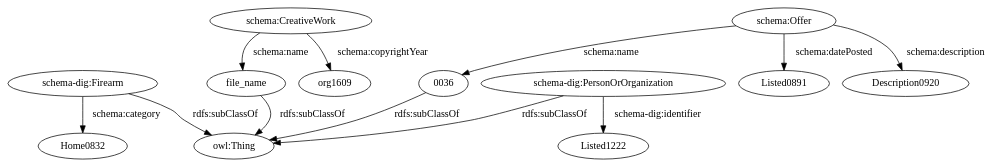
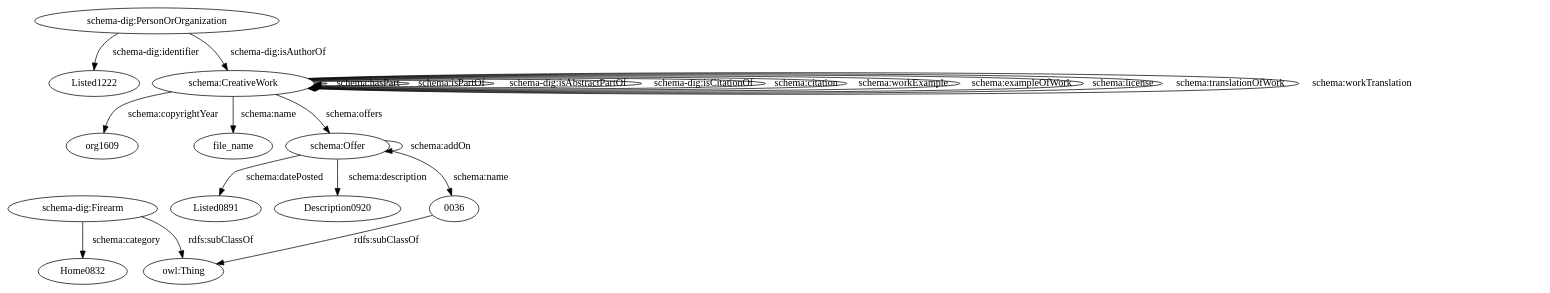
One commit to giuseppefutia/semi changed the diagram in data/taheriyan2016/task_04/semantic_models/plausibles/dot/hawaiiguntrader.dot. Above: the diagram before and after it, drawn with Graphviz. The commit also changed 119 other files, not shown here.

```diff
--- a/data/taheriyan2016/task_04/semantic_models/plausibles/dot/hawaiiguntrader.dot
+++ b/data/taheriyan2016/task_04/semantic_models/plausibles/dot/hawaiiguntrader.dot
@@ -1,25 +1,36 @@
 digraph {
   Home0832 [type=attribute_name,label=Home0832]
   "schema-dig:Firearm1" [type=class_uri,label="schema-dig:Firearm"]
   Listed1222 [type=attribute_name,label=Listed1222]
   "schema-dig:PersonOrOrganization1" [type=class_uri,label="schema-dig:PersonOrOrganization"]
   org1609 [type=attribute_name,label=org1609]
   "schema:CreativeWork1" [type=class_uri,label="schema:CreativeWork"]
   file_name [type=attribute_name,label=file_name]
   Listed0891 [type=attribute_name,label=Listed0891]
   "schema:Offer1" [type=class_uri,label="schema:Offer"]
   Description0920 [type=attribute_name,label=Description0920]
   "0036" [type=attribute_name,label="0036"]
   "owl:Thing" [type=special,label="owl:Thing"]
   "schema-dig:Firearm1" -> Home0832 [label="schema:category",type=st_property_uri]
   "schema-dig:PersonOrOrganization1" -> Listed1222 [label="schema-dig:identifier",type=st_property_uri]
   "schema:CreativeWork1" -> org1609 [label="schema:copyrightYear",type=st_property_uri]
   "schema:CreativeWork1" -> file_name [label="schema:name",type=st_property_uri]
   "schema:Offer1" -> Listed0891 [label="schema:datePosted",type=st_property_uri]
   "schema:Offer1" -> Description0920 [label="schema:description",type=st_property_uri]
   "schema:Offer1" -> "0036" [label="schema:name",type=st_property_uri]
+  "schema-dig:PersonOrOrganization1" -> "schema:CreativeWork1" [label="schema-dig:isAuthorOf",type=direct_property_uri,weight=1]
+  "schema:CreativeWork1" -> "schema:CreativeWork1" [label="schema:hasPart",type=direct_property_uri,weight=1]
+  "schema:CreativeWork1" -> "schema:CreativeWork1" [label="schema:isPartOf",type=direct_property_uri,weight=1]
+  "schema:CreativeWork1" -> "schema:CreativeWork1" [label="schema-dig:isAbstractPartOf",type=direct_property_uri,weight=1]
+  "schema:CreativeWork1" -> "schema:CreativeWork1" [label="schema-dig:isCitationOf",type=direct_property_uri,weight=1]
+  "schema:CreativeWork1" -> "schema:CreativeWork1" [label="schema:citation",type=direct_property_uri,weight=1]
+  "schema:CreativeWork1" -> "schema:CreativeWork1" [label="schema:workExample",type=direct_property_uri,weight=1]
+  "schema:CreativeWork1" -> "schema:CreativeWork1" [label="schema:exampleOfWork",type=direct_property_uri,weight=1]
+  "schema:CreativeWork1" -> "schema:CreativeWork1" [label="schema:license",type=direct_property_uri,weight=1]
+  "schema:CreativeWork1" -> "schema:CreativeWork1" [label="schema:translationOfWork",type=direct_property_uri,weight=1]
+  "schema:CreativeWork1" -> "schema:CreativeWork1" [label="schema:workTranslation",type=direct_property_uri,weight=1]
+  "schema:CreativeWork1" -> "schema:Offer1" [label="schema:offers",type=direct_property_uri,weight=1]
+  "schema:Offer1" -> "schema:Offer1" [label="schema:addOn",type=direct_property_uri,weight=1]
   "schema-dig:Firearm1" -> "owl:Thing" [label="rdfs:subClassOf",type=inherited,weight=0.3333333333333333]
-  "schema-dig:PersonOrOrganization1" -> "owl:Thing" [label="rdfs:subClassOf",type=inherited,weight=0.3333333333333333]
-  file_name -> "owl:Thing" [label="rdfs:subClassOf",type=inherited,weight=0.3333333333333333]
   "0036" -> "owl:Thing" [label="rdfs:subClassOf",type=inherited,weight=0.3333333333333333]
 }
```
